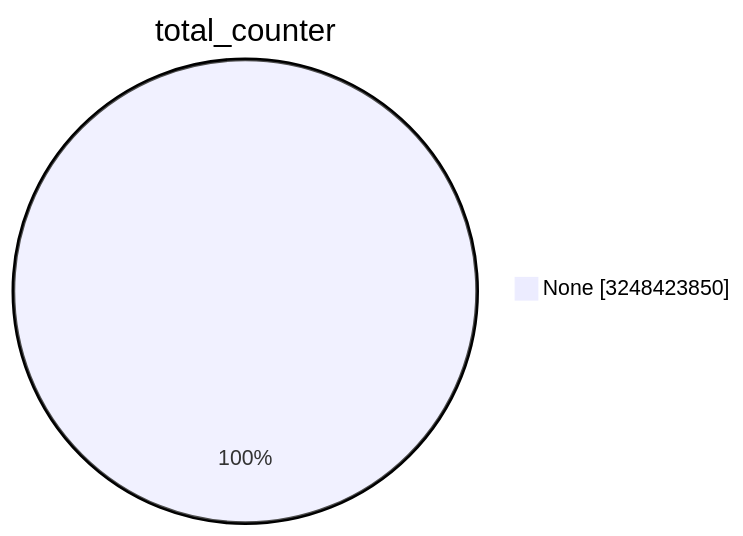
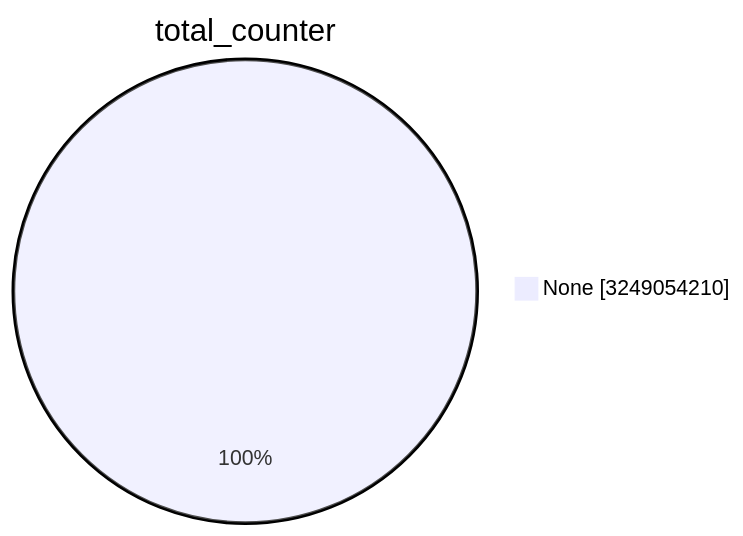
One commit to christiankrug/ctmonitor_visualization changed the first of 15 diagrams in TOTAL/README.md. Above: the diagram before and after it, drawn with Mermaid. The commit also changed other lines of this file, not shown here.

````diff
--- a/TOTAL/README.md
+++ b/TOTAL/README.md
@@ -1,5 +1,5 @@
 ```mermaid
 pie showData
 title total_counter
-"None" :3248423850
+"None" :3249054210
 ```
````
